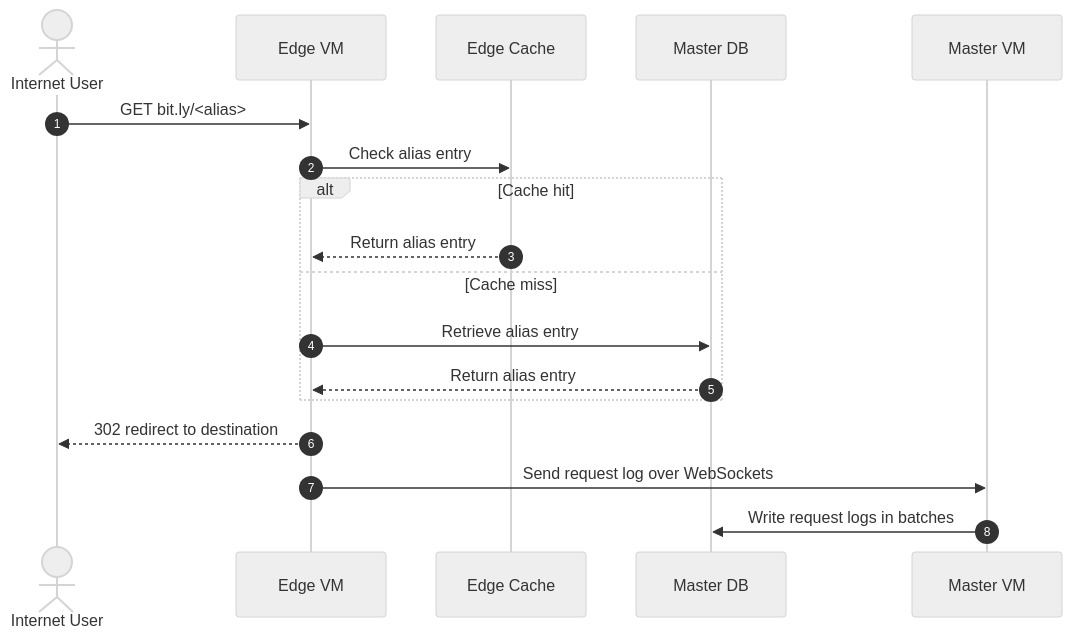
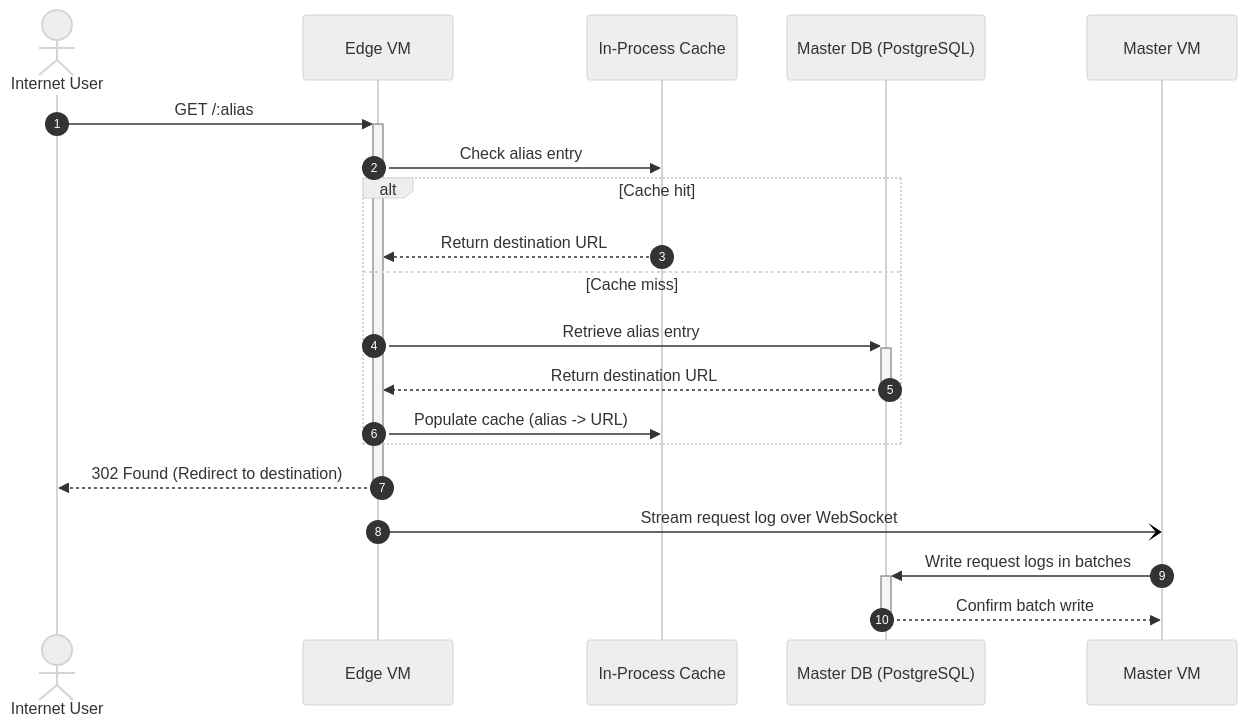
The seventh of 8 diagrams in Readme.md (AyushmanTripathy/url-shortener), drawn with Mermaid (neutral theme) before and after one commit. The commit also changed other lines of this file, not shown here.

Commit message:
chore: Updated revision 3 diagrams

````diff
--- a/Readme.md
+++ b/Readme.md
@@ -183,21 +342,24 @@
 ```mermaid
 sequenceDiagram
     autonumber
     actor User as Internet User
     participant Edge as Edge VM
-    participant Cache as Edge Cache
-    participant DB as Master DB
+    participant Cache as In-Process Cache
+    participant DB as Master DB (PostgreSQL)
     participant Master as Master VM
 
-    User->>Edge: GET bit.ly/<alias>
+    User->>+Edge: GET /:alias
     Edge->>Cache: Check alias entry
     alt Cache hit
-        Cache-->>Edge: Return alias entry
+        Cache-->>Edge: Return destination URL
     else Cache miss
-        Edge->>DB: Retrieve alias entry
-        DB-->>Edge: Return alias entry
+        Edge->>+DB: Retrieve alias entry
+        DB-->>-Edge: Return destination URL
+        Edge->>Cache: Populate cache (alias -> URL)
     end
-    Edge-->>User: 302 redirect to destination
-    Edge->>Master: Send request log over WebSockets
-    Master->>DB: Write request logs in batches
+    Edge-->>-User: 302 Found (Redirect to destination)
+
+    Edge-)Master: Stream request log over WebSocket
+    Master->>+DB: Write request logs in batches
+    DB-->>-Master: Confirm batch write
 ```
````
